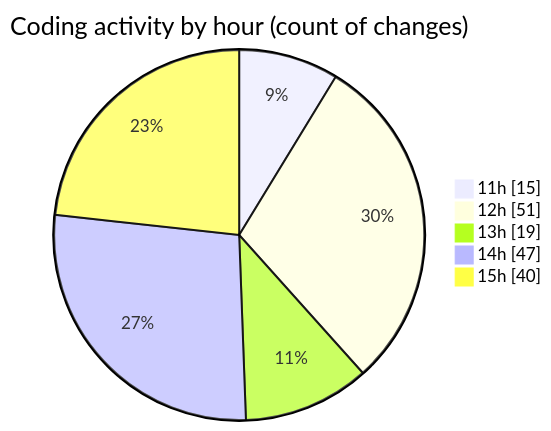
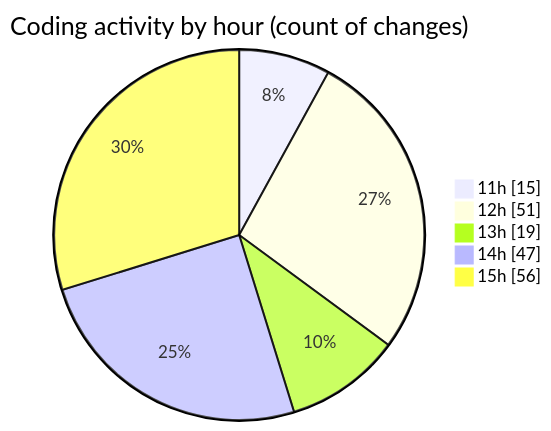
Before and after one commit to nxtqubesakshisongat/code-tracking: the second of 2 diagrams in 2025-04-15/nxtqube_webapp/README.md, drawn with Mermaid. The commit also changed other lines of this file and 1 other file, not shown here.

````diff
--- a/2025-04-15/nxtqube_webapp/README.md
+++ b/2025-04-15/nxtqube_webapp/README.md
@@ -39,9 +40,9 @@
 ```mermaid
 pie showData
 title Coding activity by hour (count of changes)
 "11h" : 15
 "12h" : 51
 "13h" : 19
 "14h" : 47
-"15h" : 40
+"15h" : 56
 ```
````
